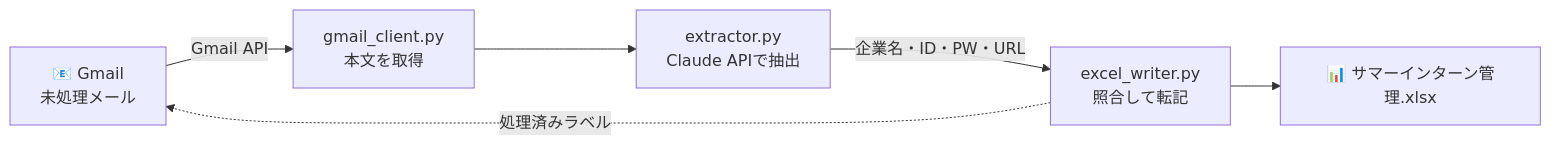
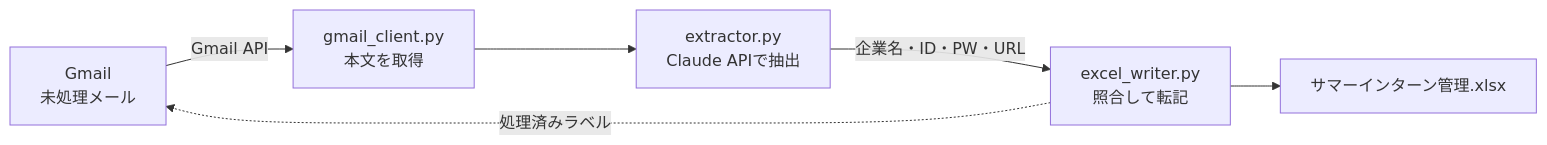
Before and after one commit to program-student-2/gmail-to-excel: the diagram in README.md, drawn with Mermaid. The commit also changed other lines of this file, not shown here.

````diff
--- a/README.md
+++ b/README.md
@@ -34,8 +34,8 @@
 ```mermaid
 flowchart LR
-    A[📧 Gmail<br/>未処理メール] -->|Gmail API| B[gmail_client.py<br/>本文を取得]
+    A[Gmail<br/>未処理メール] -->|Gmail API| B[gmail_client.py<br/>本文を取得]
     B --> C[extractor.py<br/>Claude APIで抽出]
     C -->|企業名・ID・PW・URL| D[excel_writer.py<br/>照合して転記]
-    D --> E[📊 サマーインターン管理.xlsx]
+    D --> E[サマーインターン管理.xlsx]
     D -.->|処理済みラベル| A
 ```
````
